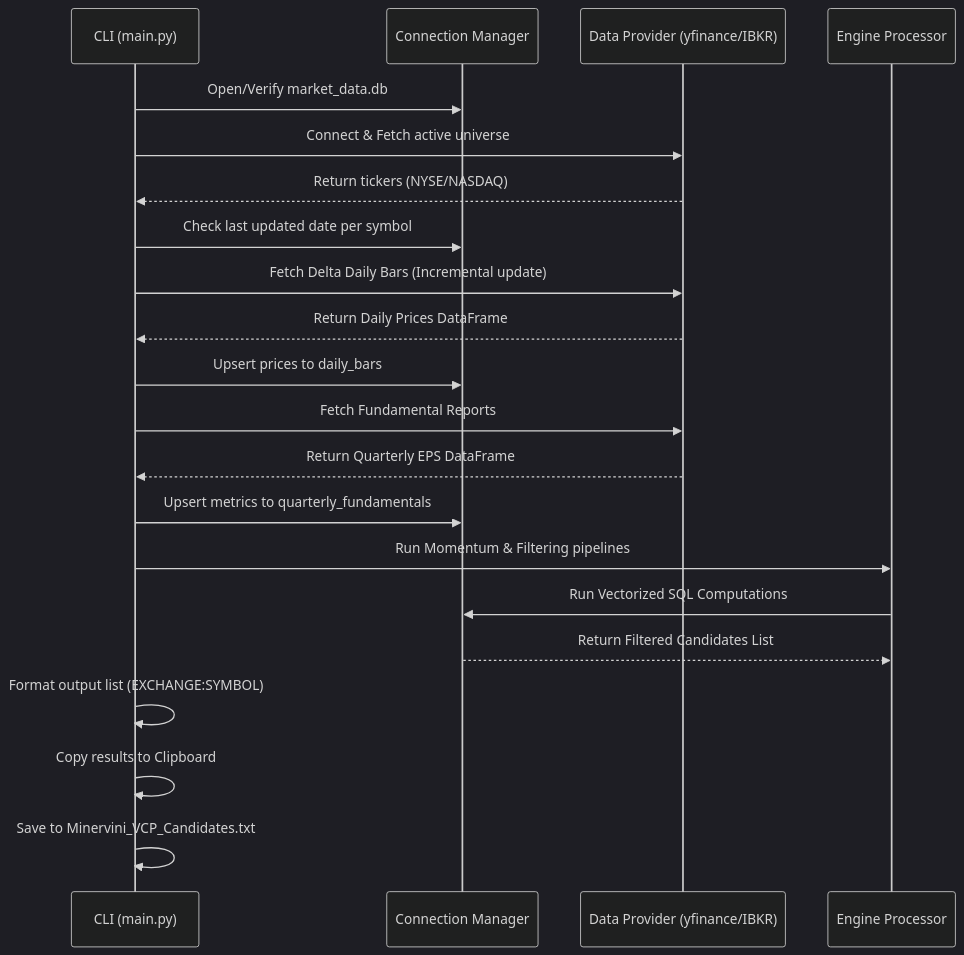
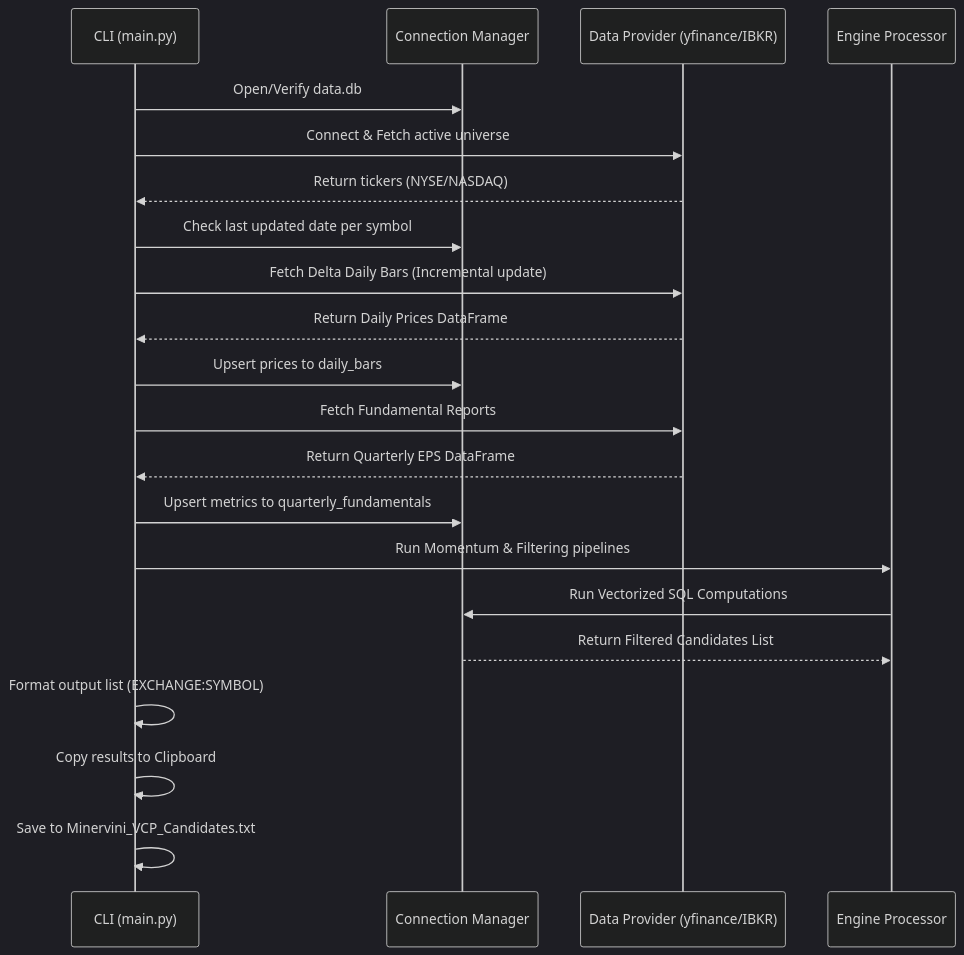
One commit to linli2016/pivottrader changed the diagram in docs/design.md. Above: the diagram before and after it, drawn with Mermaid (dark theme). The commit also changed other lines of this file and 2 other files, not shown here.

Commit message:
Update documentation database references to data.db and sync requirements file removal

````diff
--- a/docs/design.md
+++ b/docs/design.md
@@ -217,29 +217,29 @@
 ```mermaid
 sequenceDiagram
     participant CLI as CLI (main.py)
     participant DB as Connection Manager
     participant Prov as Data Provider (yfinance/IBKR)
     participant Eng as Engine Processor
     
-    CLI->>DB: Open/Verify market_data.db
+    CLI->>DB: Open/Verify data.db
     CLI->>Prov: Connect & Fetch active universe
     Prov-->>CLI: Return tickers (NYSE/NASDAQ)
     
     CLI->>DB: Check last updated date per symbol
     
     CLI->>Prov: Fetch Delta Daily Bars (Incremental update)
     Prov-->>CLI: Return Daily Prices DataFrame
     CLI->>DB: Upsert prices to daily_bars
     
     CLI->>Prov: Fetch Fundamental Reports
     Prov-->>CLI: Return Quarterly EPS DataFrame
     CLI->>DB: Upsert metrics to quarterly_fundamentals
     
     CLI->>Eng: Run Momentum & Filtering pipelines
     Eng->>DB: Run Vectorized SQL Computations
     DB-->>Eng: Return Filtered Candidates List
     
     CLI->>CLI: Format output list (EXCHANGE:SYMBOL)
     CLI->>CLI: Copy results to Clipboard
     CLI->>CLI: Save to Minervini_VCP_Candidates.txt
 ```
````
